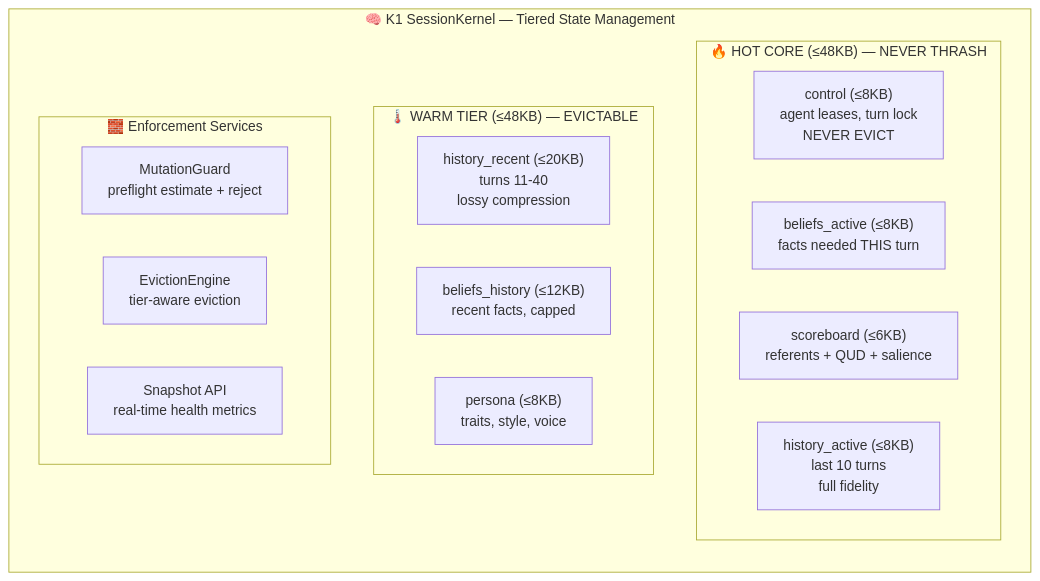
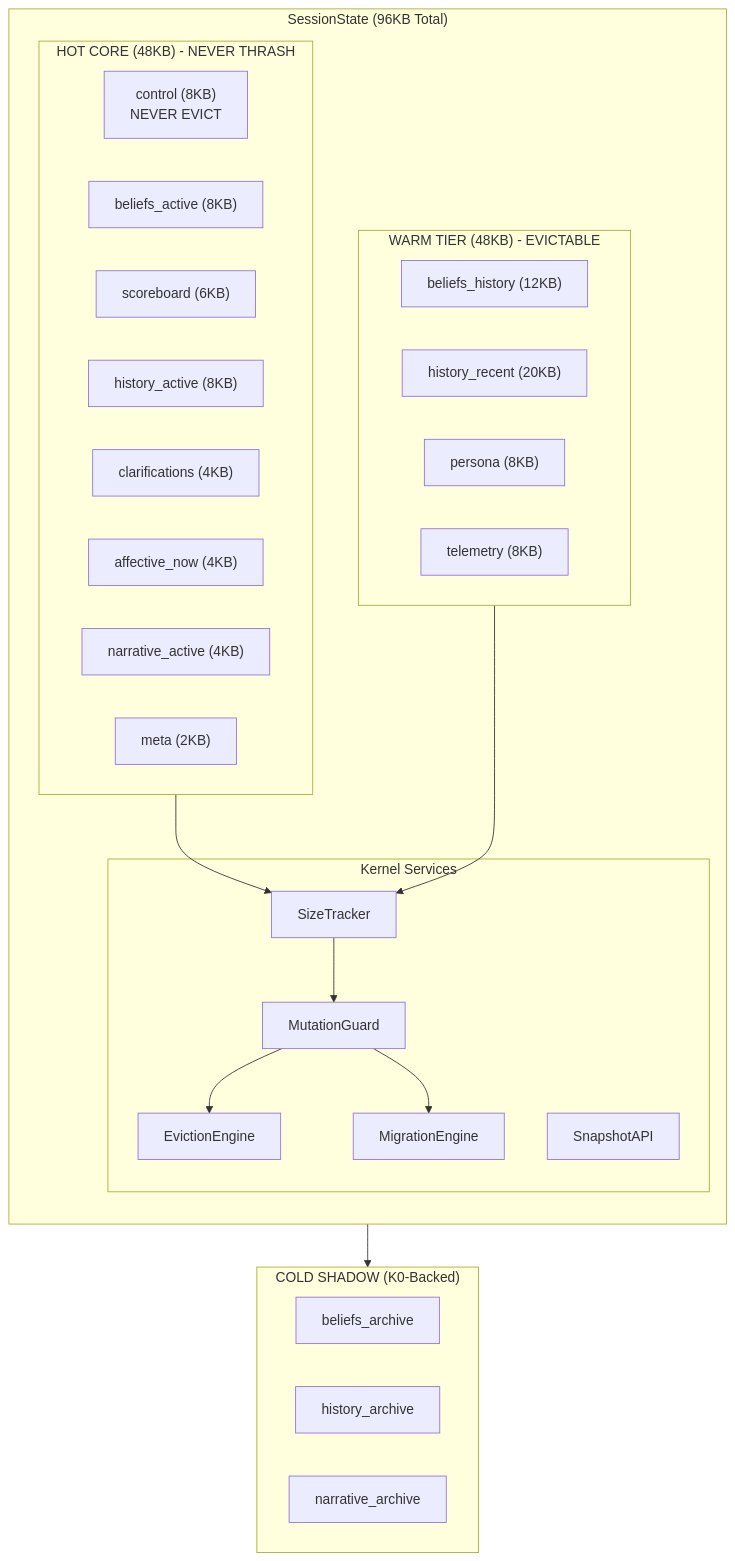
Before and after one commit to Pkansagra-hub/family-os: the diagram in k1/sessionstate/README.md, drawn with Mermaid. The commit also changed other lines of this file and 4 other files, not shown here.

````diff
--- a/k1/sessionstate/README.md
+++ b/k1/sessionstate/README.md
@@ -53,25 +101,45 @@
 ```mermaid
 flowchart TB
-subgraph SK["🧠 K1 SessionKernel — Tiered State Management"]
-  direction TB
+    subgraph SK["SessionState (96KB Total)"]
+        direction TB
 
-  subgraph HOT["🔥 HOT CORE (≤48KB) — NEVER THRASH"]
-    H_CONTROL["control (≤8KB)<br/>agent leases, turn lock<br/>NEVER EVICT"]
-    H_BELIEFS_ACTIVE["beliefs_active (≤8KB)<br/>facts needed THIS turn"]
-    H_SCOREBOARD["scoreboard (≤6KB)<br/>referents + QUD + salience"]
-    H_HISTORY_ACTIVE["history_active (≤8KB)<br/>last 10 turns<br/>full fidelity"]
-  end
+        subgraph HOT["HOT CORE (48KB) - NEVER THRASH"]
+            CONTROL["control (8KB)<br/>NEVER EVICT"]
+            BELIEFS_ACTIVE["beliefs_active (8KB)"]
+            SCOREBOARD["scoreboard (6KB)"]
+            HISTORY_ACTIVE["history_active (8KB)"]
+            CLARIFICATIONS["clarifications (4KB)"]
+            AFFECTIVE_NOW["affective_now (4KB)"]
+            NARRATIVE_ACTIVE["narrative_active (4KB)"]
+            META["meta (2KB)"]
+        end
 
-  subgraph WARM["🌡️ WARM TIER (≤48KB) — EVICTABLE"]
-    W_HISTORY_RECENT["history_recent (≤20KB)<br/>turns 11-40<br/>lossy compression"]
-    W_BELIEFS_HIST["beliefs_history (≤12KB)<br/>recent facts, capped"]
-    W_PERSONA["persona (≤8KB)<br/>traits, style, voice"]
-  end
+        subgraph WARM["WARM TIER (48KB) - EVICTABLE"]
+            BELIEFS_HISTORY["beliefs_history (12KB)"]
+            HISTORY_RECENT["history_recent (20KB)"]
+            PERSONA["persona (8KB)"]
+            TELEMETRY["telemetry (8KB)"]
+        end
 
-  subgraph SVC["🧱 Enforcement Services"]
-    MUTATION_GUARD["MutationGuard<br/>preflight estimate + reject"]
-    EVICTION_ENGINE["EvictionEngine<br/>tier-aware eviction"]
-    SNAPSHOT_API["Snapshot API<br/>real-time health metrics"]
-  end
-end
+        subgraph SVC["Kernel Services"]
+            SIZE_TRACKER["SizeTracker"]
+            MUTATION_GUARD["MutationGuard"]
+            EVICTION_ENGINE["EvictionEngine"]
+            MIGRATION_ENGINE["MigrationEngine"]
+            SNAPSHOT_API["SnapshotAPI"]
+        end
+    end
+
+    subgraph COLD["COLD SHADOW (K0-Backed)"]
+        K0_BELIEFS["beliefs_archive"]
+        K0_HISTORY["history_archive"]
+        K0_NARRATIVE["narrative_archive"]
+    end
+
+    HOT --> SIZE_TRACKER
+    WARM --> SIZE_TRACKER
+    SIZE_TRACKER --> MUTATION_GUARD
+    MUTATION_GUARD --> EVICTION_ENGINE
+    MUTATION_GUARD --> MIGRATION_ENGINE
+    EVICTION_ENGINE --> COLD
 ```
````
